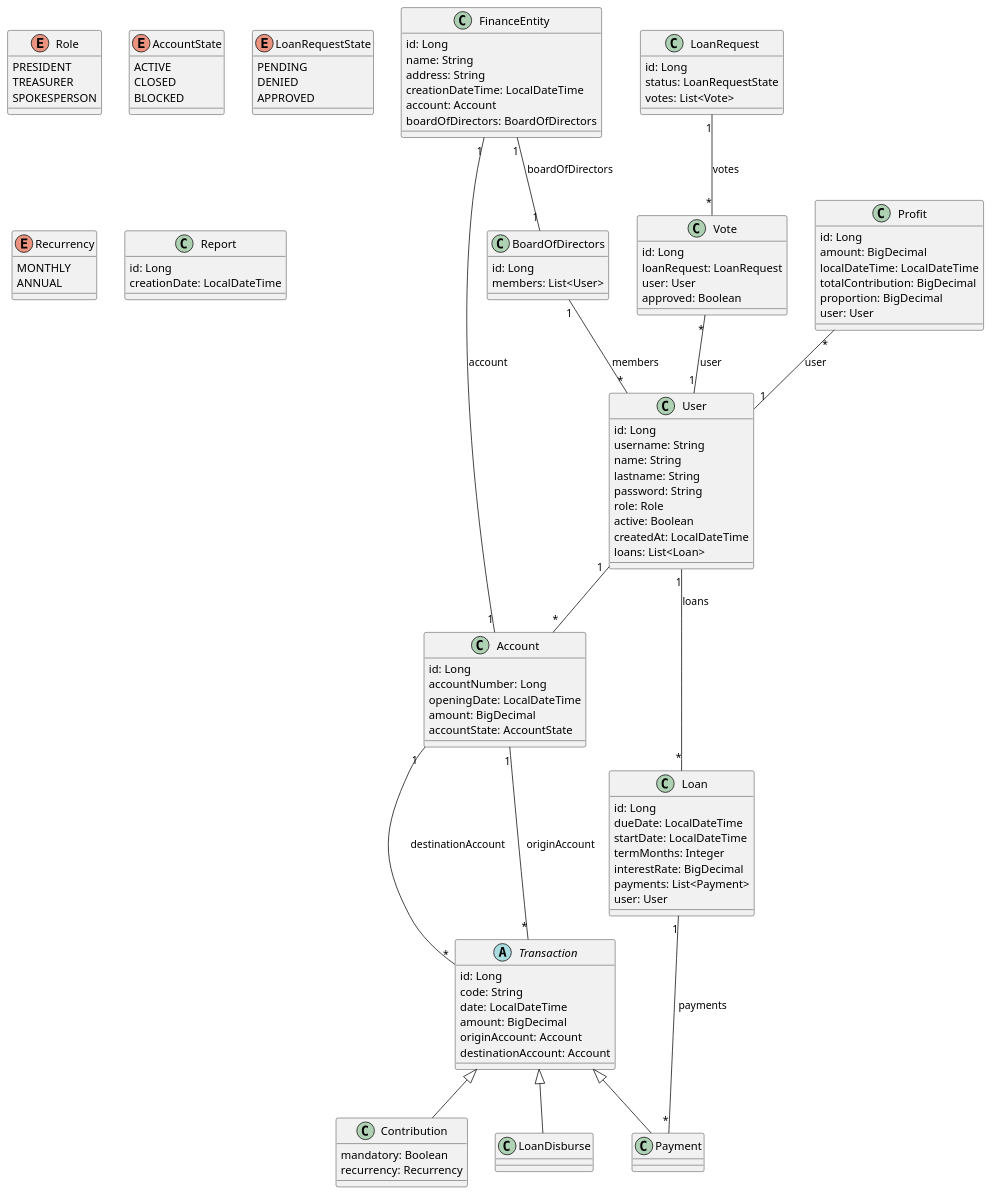
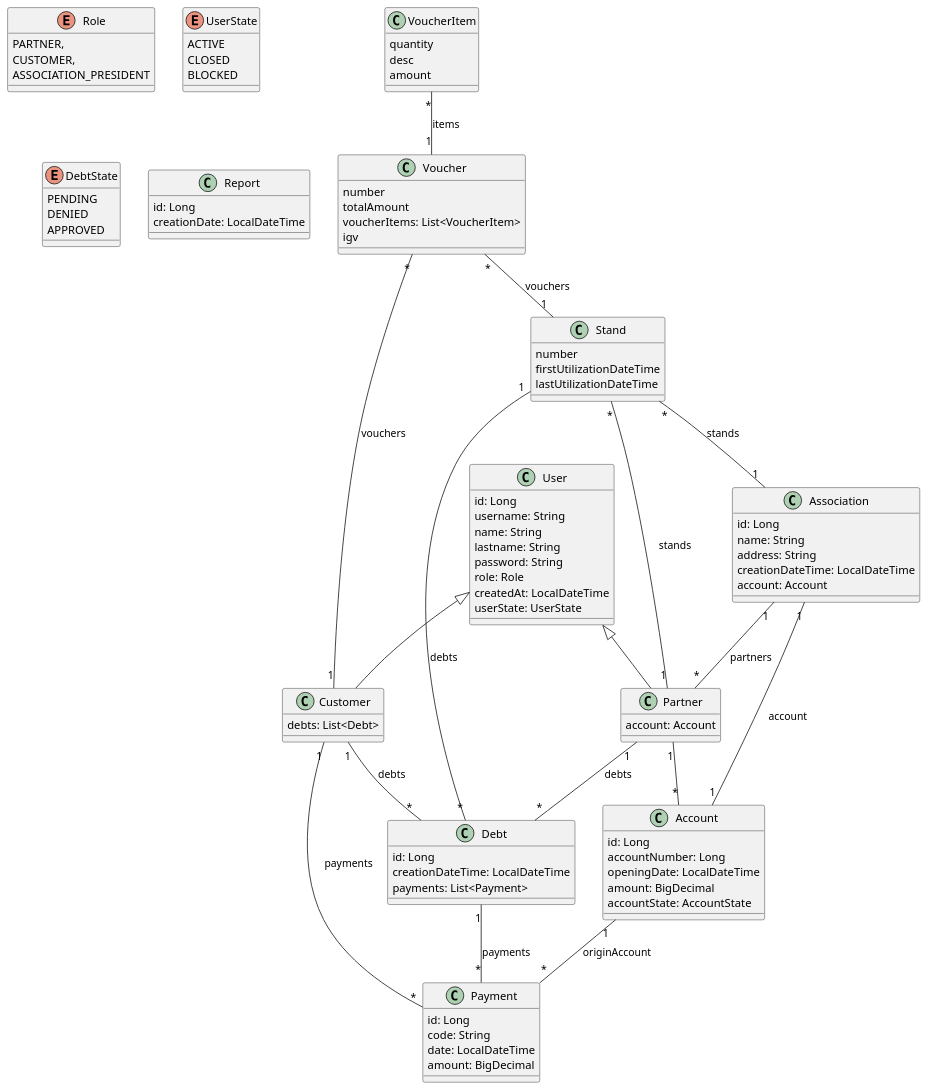
Before and after one commit to Elias2049J/credi-macpato: the diagram in doc/Entities.puml, drawn with PlantUML.

Commit message:
refactor(entities): update UML class diagram

```diff
--- a/doc/Entities.puml
+++ b/doc/Entities.puml
@@ -1,130 +1,109 @@
 @startuml
 ' Enums
 enum Role {
-  PRESIDENT
-  TREASURER
-  SPOKESPERSON
+  PARTNER,
+  CUSTOMER,
+  ASSOCIATION_PRESIDENT
 }
 
-enum AccountState {
+enum UserState {
   ACTIVE
   CLOSED
   BLOCKED
 }
 
-enum LoanRequestState {
+enum DebtState {
   PENDING
   DENIED
   APPROVED
 }
 
-enum Recurrency {
-  MONTHLY
-  ANNUAL
+class Customer extends User {
+  debts: List<Debt>
 }
 
 ' Entities
+class Partner extends User {
+  account: Account
+}
+
 class User {
   id: Long
   username: String
   name: String
   lastname: String
   password: String
   role: Role
-  active: Boolean
   createdAt: LocalDateTime
-  loans: List<Loan>
+  userState: UserState
+}
+
+class Stand {
+number
+firstUtilizationDateTime
+lastUtilizationDateTime
 }
 
 class Account {
   id: Long
   accountNumber: Long
   openingDate: LocalDateTime
   amount: BigDecimal
   accountState: AccountState
 }
 
-class BoardOfDirectors {
-  id: Long
-  members: List<User>
-}
-
-class FinanceEntity {
+class Association {
   id: Long
   name: String
   address: String
   creationDateTime: LocalDateTime
   account: Account
-  boardOfDirectors: BoardOfDirectors
 }
 
-class Loan {
+class Debt {
   id: Long
-  dueDate: LocalDateTime
-  startDate: LocalDateTime
-  termMonths: Integer
-  interestRate: BigDecimal
+  creationDateTime: LocalDateTime
   payments: List<Payment>
-  user: User
-}
-
-class LoanRequest {
-  id: Long
-  status: LoanRequestState
-  votes: List<Vote>
-}
-
-class Vote {
-  id: Long
-  loanRequest: LoanRequest
-  user: User
-  approved: Boolean
 }
 
 class Report {
   id: Long
   creationDate: LocalDateTime
 }
 
-class Profit {
-  id: Long
-  amount: BigDecimal
-  localDateTime: LocalDateTime
-  totalContribution: BigDecimal
-  proportion: BigDecimal
-  user: User
-}
-
-abstract class Transaction {
+class Payment {
   id: Long
   code: String
   date: LocalDateTime
   amount: BigDecimal
-  originAccount: Account
-  destinationAccount: Account
 }
 
-class Contribution extends Transaction {
-  mandatory: Boolean
-  recurrency: Recurrency
+class Voucher {
+number
+totalAmount
+voucherItems: List<VoucherItem>
+igv
 }
 
-class Payment extends Transaction {
-}
-
-class LoanDisburse extends Transaction {
+class VoucherItem {
+quantity
+desc
+amount
 }
 
 ' Relationships
-User "1" -- "*" Account
-User "1" -- "*" Loan : loans
-Account "1" -- "*" Transaction : originAccount
-Account "1" -- "*" Transaction : destinationAccount
-BoardOfDirectors "1" -- "*" User : members
-FinanceEntity "1" -- "1" Account : account
-FinanceEntity "1" -- "1" BoardOfDirectors : boardOfDirectors
-Loan "1" -- "*" Payment : payments
-LoanRequest "1" -- "*" Vote : votes
-Vote "*" -- "1" User : user
-Profit "*" -- "1" User : user
+Partner "1" -- "*" Account
+Partner "1" -- "*" Debt : debts
+Account "1" -- "*" Payment : originAccount
+Association "1" -- "1" Account : account
+Debt "1" -- "*" Payment : payments
+Stand "*" -- "1" Partner : stands
+Stand "1" -- "*" Debt : debts
+Voucher "*" -- "1" Stand : vouchers
+VoucherItem "*" -- "1" Voucher : items
+Customer "1" -- "*" Debt : debts
+Association "1" -- "*" Partner : partners
+Customer "1" -- "*" Payment : payments
+Voucher "*" -- "1" Customer : vouchers
+Stand "*" -- "1" Association : stands
 @enduml
```
